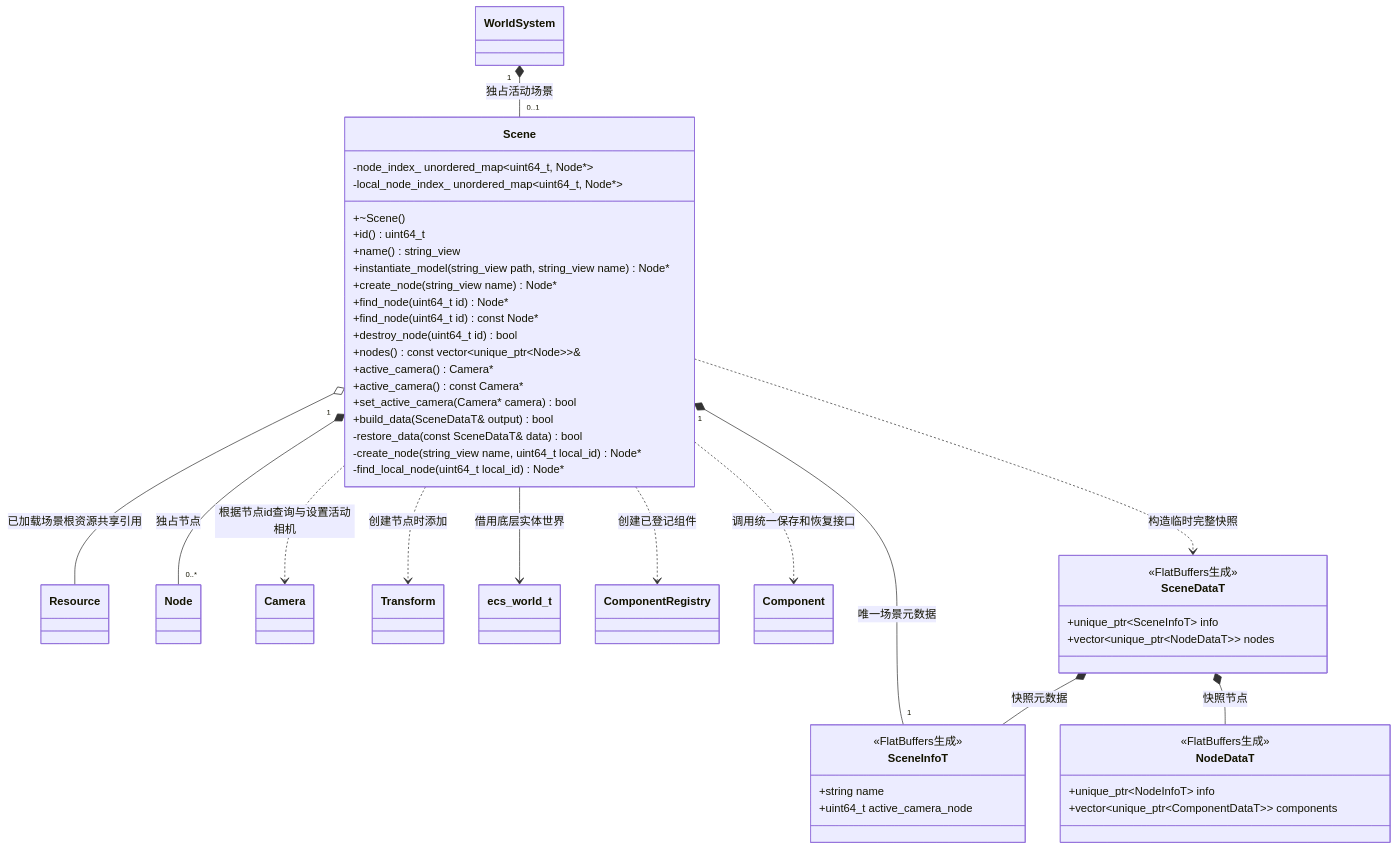
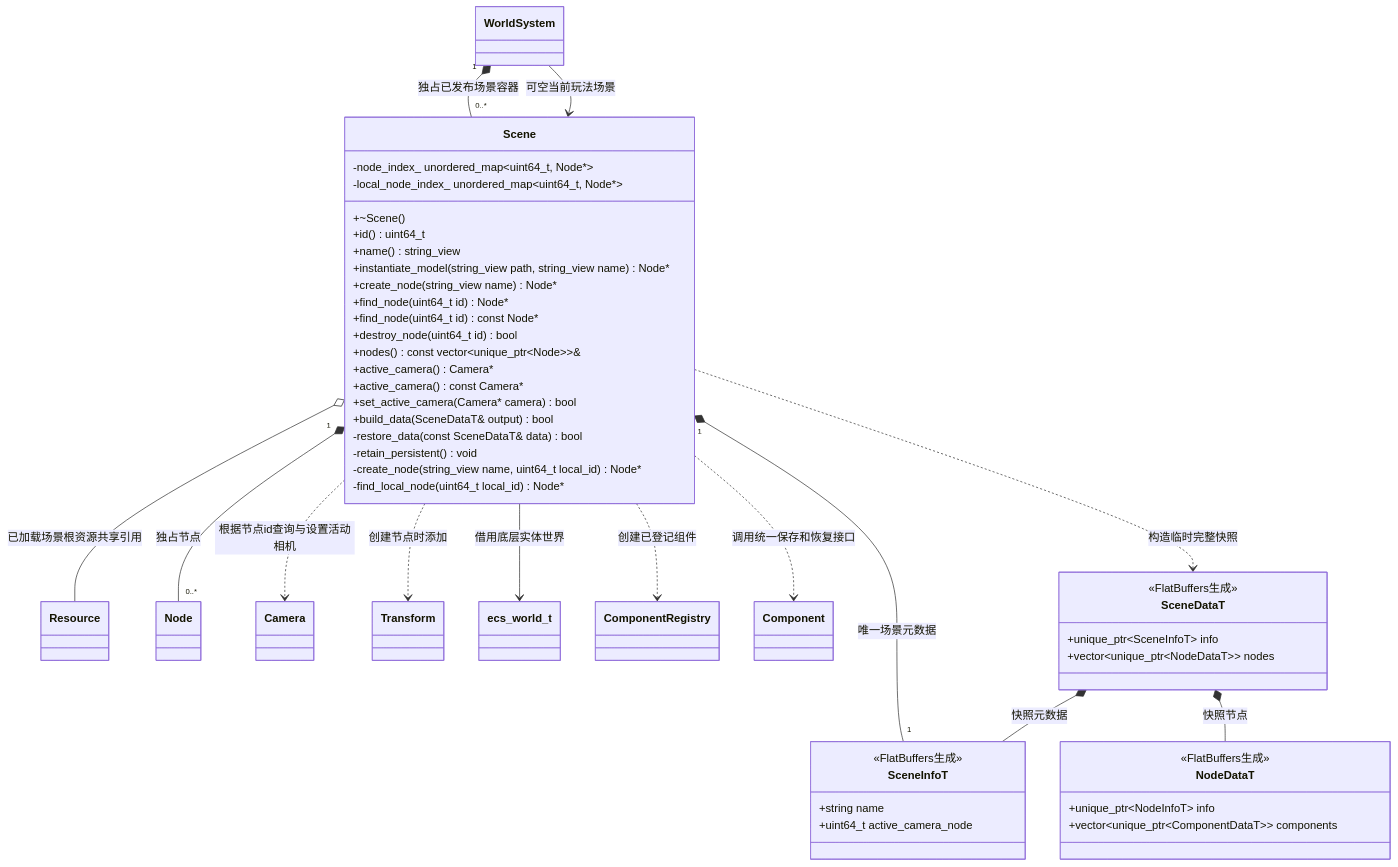
One commit to lcals/Engine changed the diagram in docs/runtime/class-diagrams/scene.md. Above: the diagram before and after it, drawn with Mermaid. The commit also changed other lines of this file and 98 other files, not shown here.

Commit message:
Preserve persistent node trees and UI across scene changes

````diff
--- a/docs/runtime/class-diagrams/scene.md
+++ b/docs/runtime/class-diagrams/scene.md
@@ -7,58 +7,60 @@
 ```mermaid
 classDiagram
     class Scene {
         +~Scene()
         +id() uint64_t
         +name() string_view
         +instantiate_model(string_view path, string_view name) Node#42;
         +create_node(string_view name) Node#42;
         +find_node(uint64_t id) Node#42;
         +find_node(uint64_t id) const Node#42;
         +destroy_node(uint64_t id) bool
         +nodes() const vector~unique_ptr~Node~~&
         +active_camera() Camera#42;
         +active_camera() const Camera#42;
         +set_active_camera(Camera#42; camera) bool
         +build_data(SceneDataT& output) bool
         -restore_data(const SceneDataT& data) bool
+        -retain_persistent() void
         -create_node(string_view name, uint64_t local_id) Node#42;
         -node_index_ unordered_map~uint64_t, Node#42;~
         -local_node_index_ unordered_map~uint64_t, Node#42;~
         -find_local_node(uint64_t local_id) Node#42;
     }
     class Resource
     class WorldSystem
     class Node
     class Camera
     class Transform
     class ecs_world_t
     class ComponentRegistry
     class Component
     class SceneInfoT {
         <<FlatBuffers生成>>
         +string name
         +uint64_t active_camera_node
     }
     class SceneDataT {
         <<FlatBuffers生成>>
         +unique_ptr~SceneInfoT~ info
         +vector~unique_ptr~NodeDataT~~ nodes
     }
     class NodeDataT {
         <<FlatBuffers生成>>
         +unique_ptr~NodeInfoT~ info
         +vector~unique_ptr~ComponentDataT~~ components
     }
-    WorldSystem "1" *-- "0..1" Scene : 独占活动场景
+    WorldSystem "1" *-- "0..*" Scene : 独占已发布场景容器
+    WorldSystem --> Scene : 可空当前玩法场景
     Scene "1" *-- "0..*" Node : 独占节点
     Scene o-- Resource : 已加载场景根资源共享引用
     Scene "1" *-- "1" SceneInfoT : 唯一场景元数据
     Scene --> ecs_world_t : 借用底层实体世界
     Scene ..> Camera : 根据节点id查询与设置活动相机
     Scene ..> Transform : 创建节点时添加
     Scene ..> SceneDataT : 构造临时完整快照
     Scene ..> ComponentRegistry : 创建已登记组件
     Scene ..> Component : 调用统一保存和恢复接口
     SceneDataT *-- SceneInfoT : 快照元数据
     SceneDataT *-- NodeDataT : 快照节点
 ```
````
